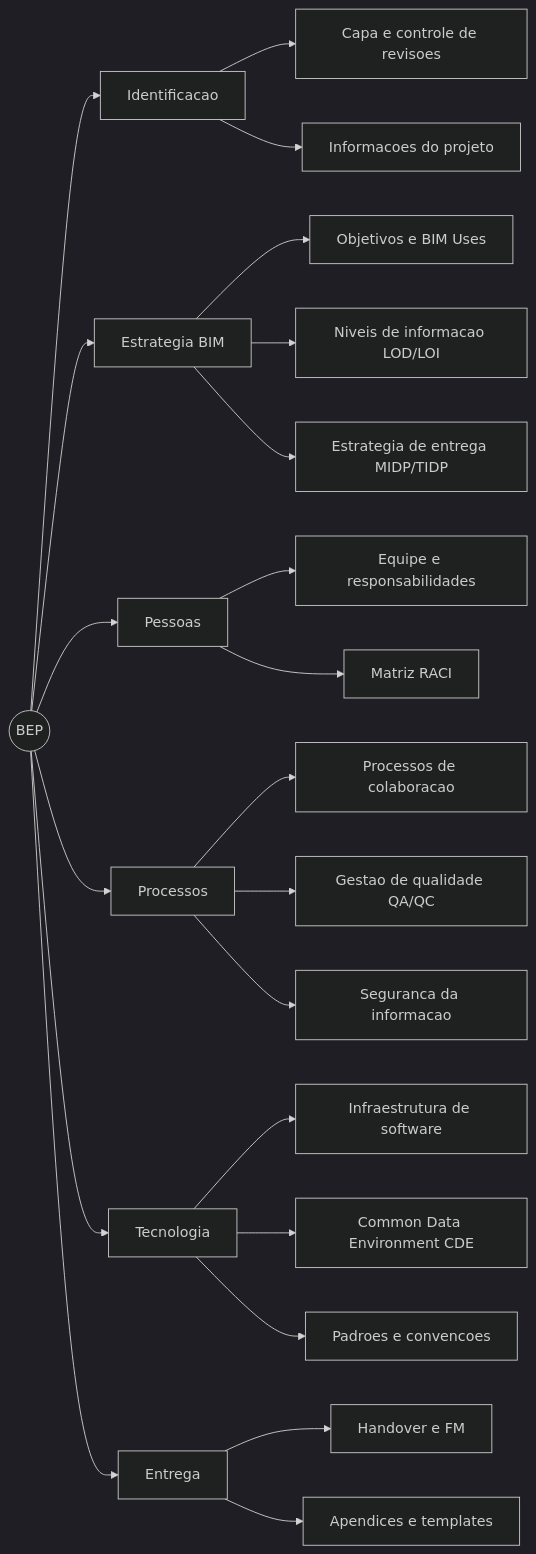
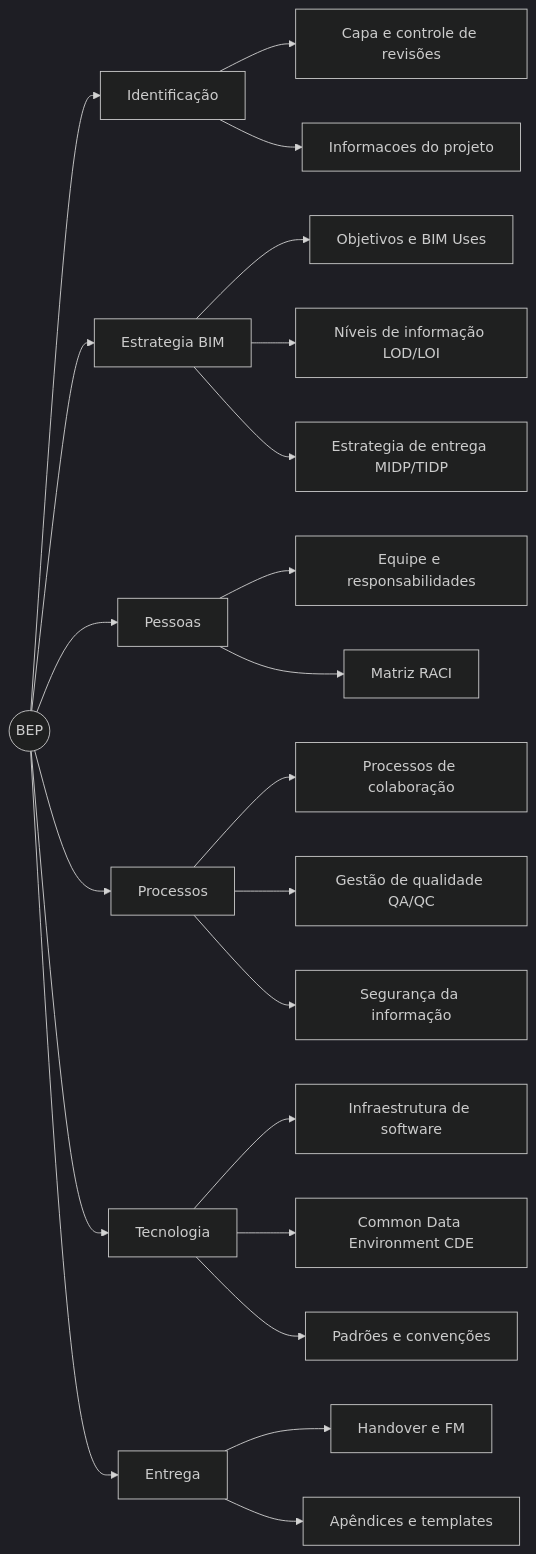
One commit to 255ribeiro/intro_ifc changed the second of 8 diagrams in docs/bep/bep-bim-material.md. Above: the diagram before and after it, drawn with Mermaid (dark theme). The commit also changed other lines of this file, not shown here.

````diff
--- a/docs/bep/bep-bim-material.md
+++ b/docs/bep/bep-bim-material.md
@@ -125,31 +125,31 @@
 ```mermaid
 graph LR
     BEP(("BEP"))
 
-    BEP --> A["Identificacao"]
-    A --> A1["Capa e controle de revisoes"]
+    BEP --> A["Identificação"]
+    A --> A1["Capa e controle de revisões"]
     A --> A2["Informacoes do projeto"]
 
     BEP --> B["Estrategia BIM"]
     B --> B1["Objetivos e BIM Uses"]
-    B --> B2["Niveis de informacao LOD/LOI"]
+    B --> B2["Níveis de informação LOD/LOI"]
     B --> B3["Estrategia de entrega MIDP/TIDP"]
 
     BEP --> C["Pessoas"]
     C --> C1["Equipe e responsabilidades"]
     C --> C2["Matriz RACI"]
 
     BEP --> D["Processos"]
-    D --> D1["Processos de colaboracao"]
-    D --> D2["Gestao de qualidade QA/QC"]
-    D --> D3["Seguranca da informacao"]
+    D --> D1["Processos de colaboração"]
+    D --> D2["Gestão de qualidade QA/QC"]
+    D --> D3["Segurança da informação"]
 
     BEP --> E["Tecnologia"]
     E --> E1["Infraestrutura de software"]
     E --> E2["Common Data Environment CDE"]
-    E --> E3["Padroes e convencoes"]
+    E --> E3["Padrões e convenções"]
 
     BEP --> F["Entrega"]
     F --> F1["Handover e FM"]
-    F --> F2["Apendices e templates"]
+    F --> F2["Apêndices e templates"]
 ```
````
